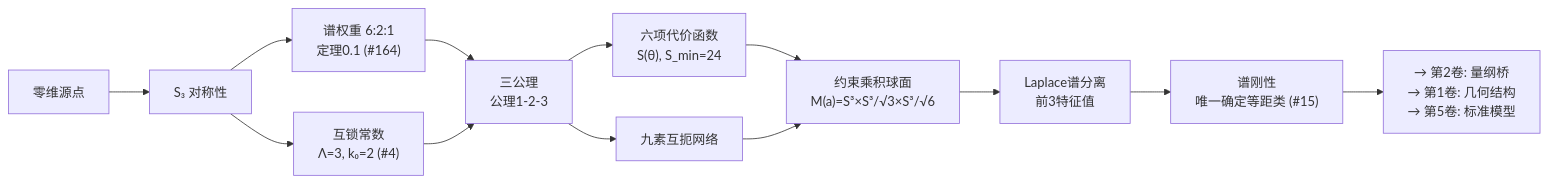
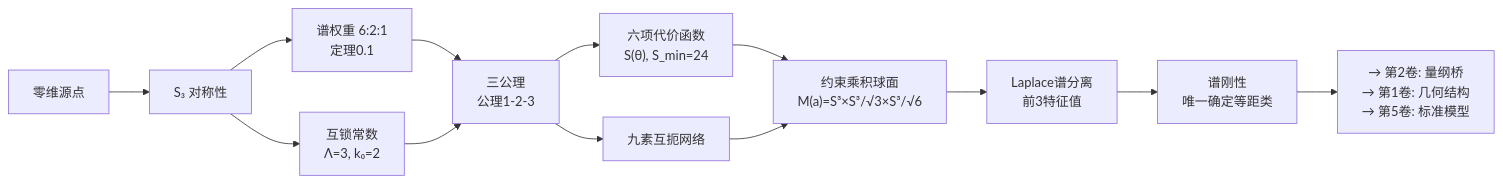
One commit to sdoygb/geometry-ai-server changed the third of 3 diagrams in app/articles/GT-Vault/Vol-0_从零开始/0.5_乘积球面谱刚性.md. Above: the diagram before and after it, drawn with Mermaid. The commit also changed other lines of this file, not shown here.

````diff
--- a/app/articles/GT-Vault/Vol-0_从零开始/0.5_乘积球面谱刚性.md
+++ b/app/articles/GT-Vault/Vol-0_从零开始/0.5_乘积球面谱刚性.md
@@ -197,13 +197,13 @@
 ```mermaid
 flowchart LR
     Z["零维源点"] --> S3["S₃ 对称性"]
-    S3 --> W["谱权重 6:2:1<br>定理0.1 (#164)"]
-    S3 --> LC["互锁常数<br>Λ=3, k₀=2 (#4)"]
+    S3 --> W["谱权重 6:2:1<br>定理0.1"]
+    S3 --> LC["互锁常数<br>Λ=3, k₀=2"]
     W & LC --> A13["三公理<br>公理1-2-3"]
     A13 --> SF["六项代价函数<br>S(θ), S_min=24"]
     A13 --> JJ["九素互扼网络"]
     SF & JJ --> MA["约束乘积球面<br>M(a)=S³×S³/√3×S³/√6"]
     MA --> LB["Laplace谱分离<br>前3特征值"]
-    LB --> SR["谱刚性<br>唯一确定等距类 (#15)"]
+    LB --> SR["谱刚性<br>唯一确定等距类"]
     SR --> OUT["→ 第2卷: 量纲桥<br>→ 第1卷: 几何结构<br>→ 第5卷: 标准模型"]
 ```
````
